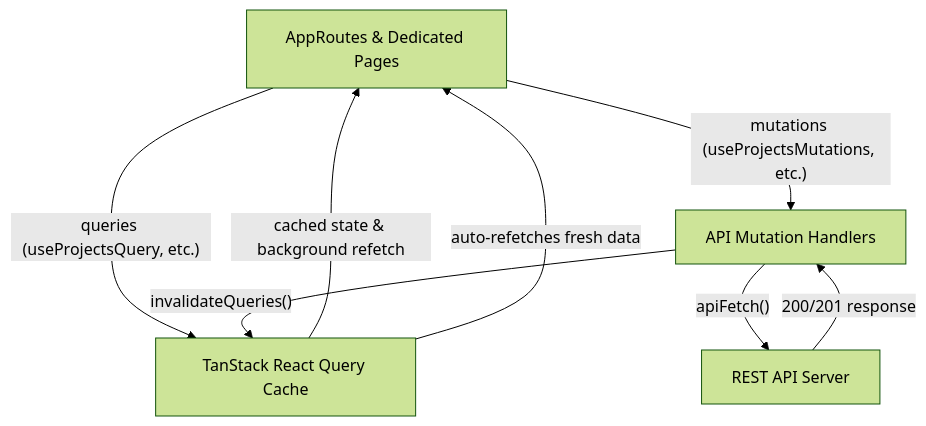
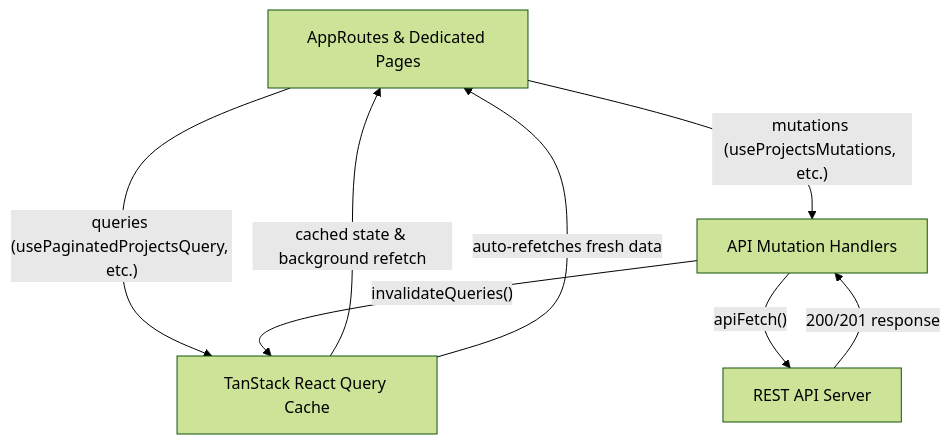
Before and after one commit to zigikralj/EGG_admin_client: the first of 7 diagrams in docs/ARCHITECTURE.md, drawn with Mermaid (forest theme). The commit also changed other lines of this file and 4 other files, not shown here.

````diff
--- a/docs/ARCHITECTURE.md
+++ b/docs/ARCHITECTURE.md
@@ -75,10 +80,10 @@
 ```mermaid
 graph TD
-    A["AppRoutes & Dedicated Pages"] -->|"queries (useProjectsQuery, etc.)"| B["TanStack React Query Cache"]
+    A["AppRoutes & Dedicated Pages"] -->|"queries (usePaginatedProjectsQuery, etc.)"| B["TanStack React Query Cache"]
     B -->|"cached state & background refetch"| A
     A -->|"mutations (useProjectsMutations, etc.)"| C["API Mutation Handlers"]
     C -->|"apiFetch()"| D["REST API Server"]
     D -->|"200/201 response"| C
     C -->|"invalidateQueries()"| B
     B -->|"auto-refetches fresh data"| A
 ```
````
